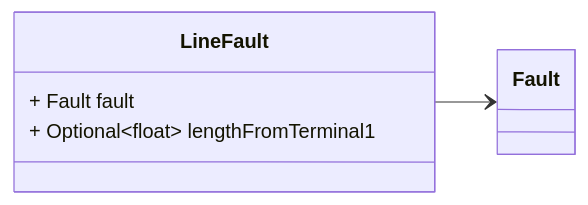
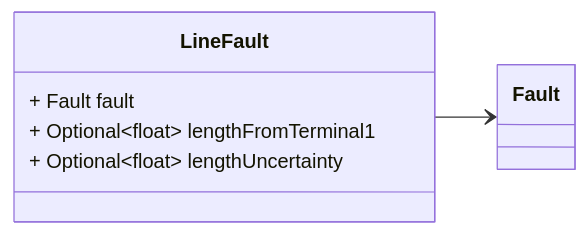
One commit to zaphiro-technologies/protobuf changed the fifth of 7 diagrams in docs/fault.proto.md. Above: the diagram before and after it, drawn with Mermaid. The commit also changed other lines of this file and 5 other files, not shown here.

First line of the commit message:
Fault messages as set of events, rather than single event with multiple status (#63)

````diff
--- a/docs/fault.proto.md
+++ b/docs/fault.proto.md
@@ -219,21 +224,24 @@
 ```mermaid
 classDiagram
 direction LR
 
 %% A fault that occurs on an AC line segment at some point along the length.
 %% 
 %% This message is modeled after [CIM LineFault](https://zepben.github.io/evolve/docs/cim/cim100/TC57CIM/IEC61970/Base/Faults/LineFault) according to the extensions defined in the [fault-data-storage](https://github.com/zaphiro-technologies/architecture/blob/main/features/31-fault-data-storage.md#data-structures) feature.
+%% 
+%% Certain fields of the `LineFault` event message may be populated only in case of event type `FAULT_EVENT_TYPE_LOCATED` (i.e. `lengthFromTerminal1`, `lengthUncertainty`).
 %% 
 %% Headers used in rabbitMQ:
 %% * `id` (string): id of the `Fault`
 %% * `type` (string): always `LineFault`
 %% * `producerId` (string): the id of the producer (e.g. a PMU) linked to the notification.
 %% 
 
 class LineFault {
   + Fault fault
   + Optional~float~ lengthFromTerminal1
+  + Optional~float~ lengthUncertainty
 }
 LineFault --> `Fault`
 
 ```
````
